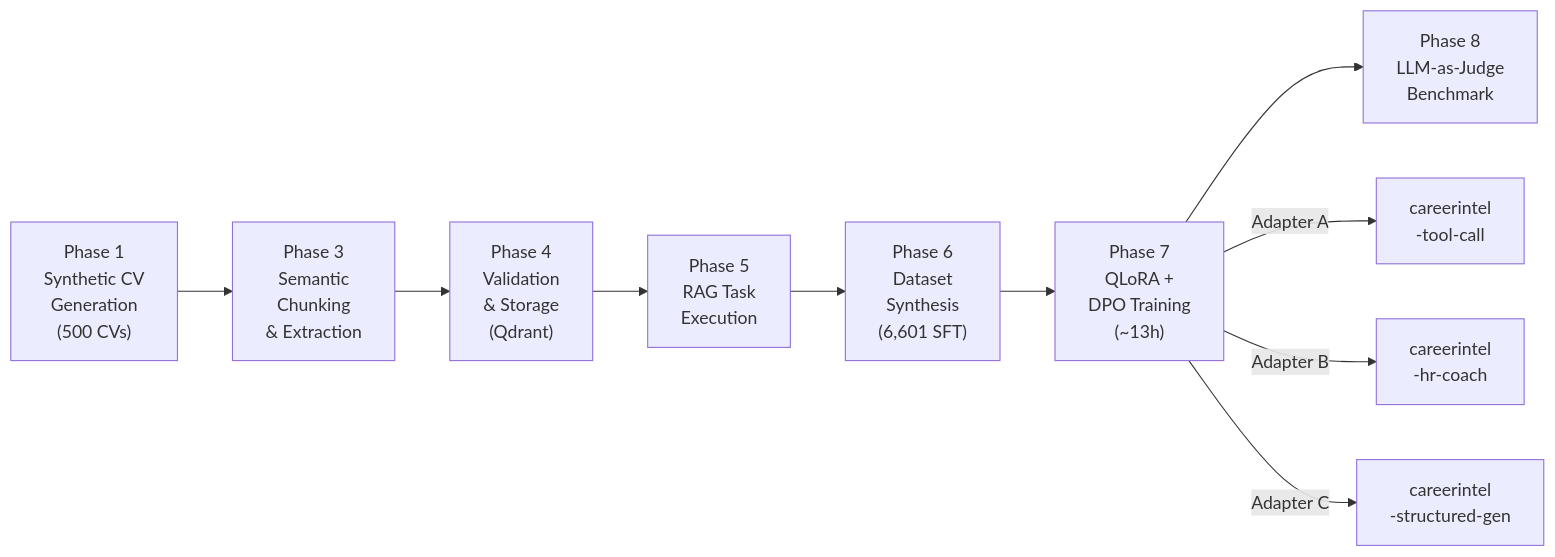
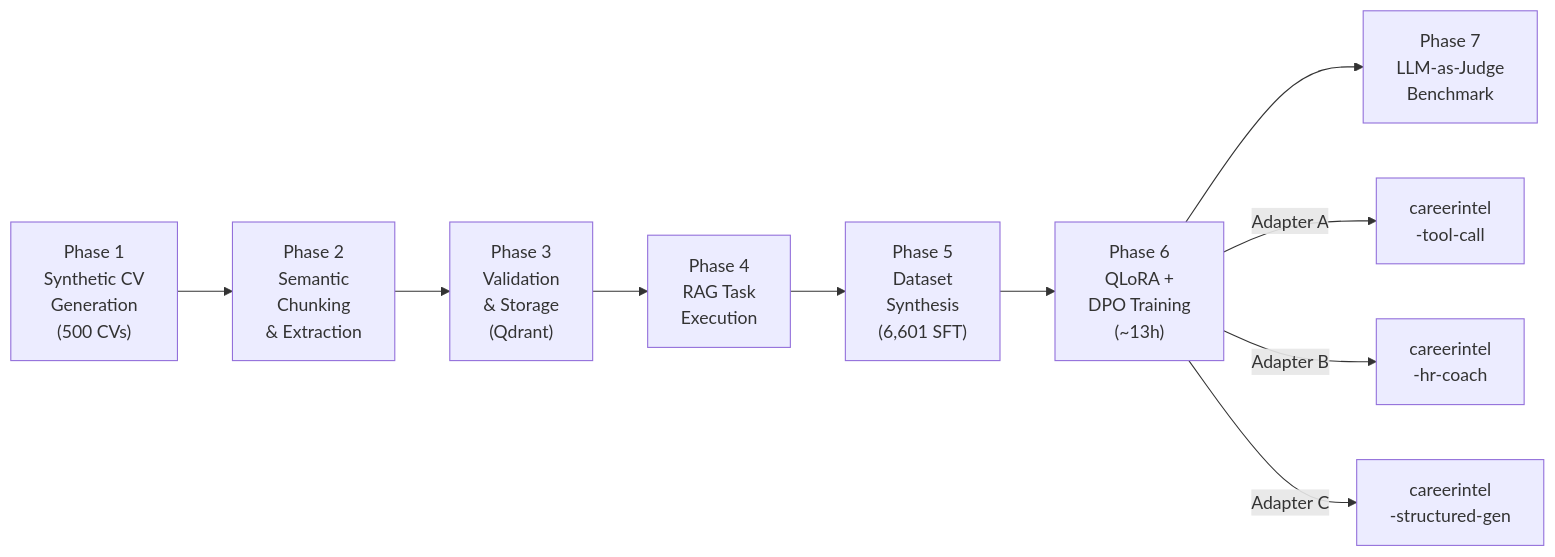
The first of 5 diagrams in chapter_8_thesis_1.md (Vinhnguyen1227/Job-Market-Analytics-Platform), drawn with Mermaid before and after one commit. The commit also changed other lines of this file and 36 other files, not shown here.

````diff
--- a/chapter_8_thesis_1.md
+++ b/chapter_8_thesis_1.md
@@ -23,13 +23,13 @@
 ```mermaid
 flowchart LR
-    P1["Phase 1\nSynthetic CV\nGeneration\n(500 CVs)"] --> P3["Phase 3\nSemantic\nChunking\n& Extraction"]
-    P3 --> P4["Phase 4\nValidation\n& Storage\n(Qdrant)"]
-    P4 --> P5["Phase 5\nRAG Task\nExecution"]
-    P5 --> P6["Phase 6\nDataset\nSynthesis\n(6,601 SFT)"]
-    P6 --> P7["Phase 7\nQLoRA +\nDPO Training\n(~13h)"]
-    P7 --> P8["Phase 8\nLLM-as-Judge\nBenchmark"]
+    P1["Phase 1\nSynthetic CV\nGeneration\n(500 CVs)"] --> P2["Phase 2\nSemantic\nChunking\n& Extraction"]
+    P2 --> P3["Phase 3\nValidation\n& Storage\n(Qdrant)"]
+    P3 --> P4["Phase 4\nRAG Task\nExecution"]
+    P4 --> P5["Phase 5\nDataset\nSynthesis\n(6,601 SFT)"]
+    P5 --> P6["Phase 6\nQLoRA +\nDPO Training\n(~13h)"]
+    P6 --> P7["Phase 7\nLLM-as-Judge\nBenchmark"]
 
-    P7 -->|"Adapter A"| OA["careerintel\n-tool-call"]
-    P7 -->|"Adapter B"| OB["careerintel\n-hr-coach"]
-    P7 -->|"Adapter C"| OC["careerintel\n-structured-gen"]
+    P6 -->|"Adapter A"| OA["careerintel\n-tool-call"]
+    P6 -->|"Adapter B"| OB["careerintel\n-hr-coach"]
+    P6 -->|"Adapter C"| OC["careerintel\n-structured-gen"]
 ```
````
